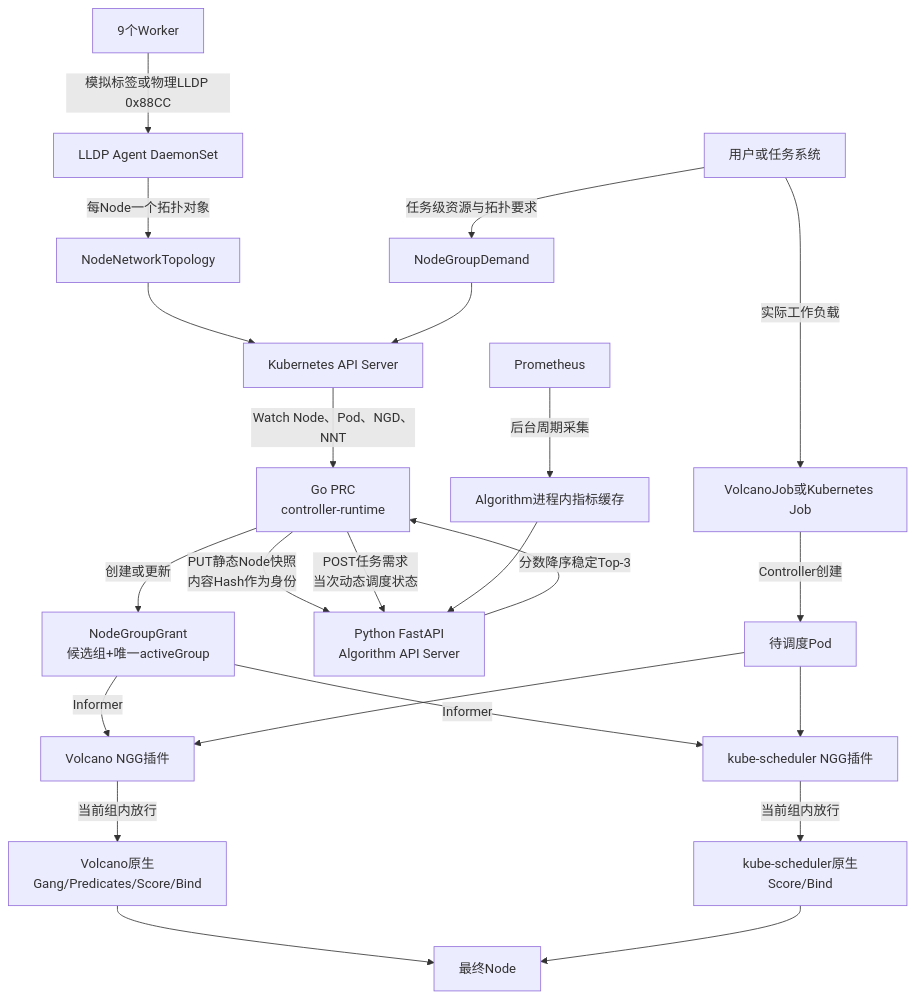
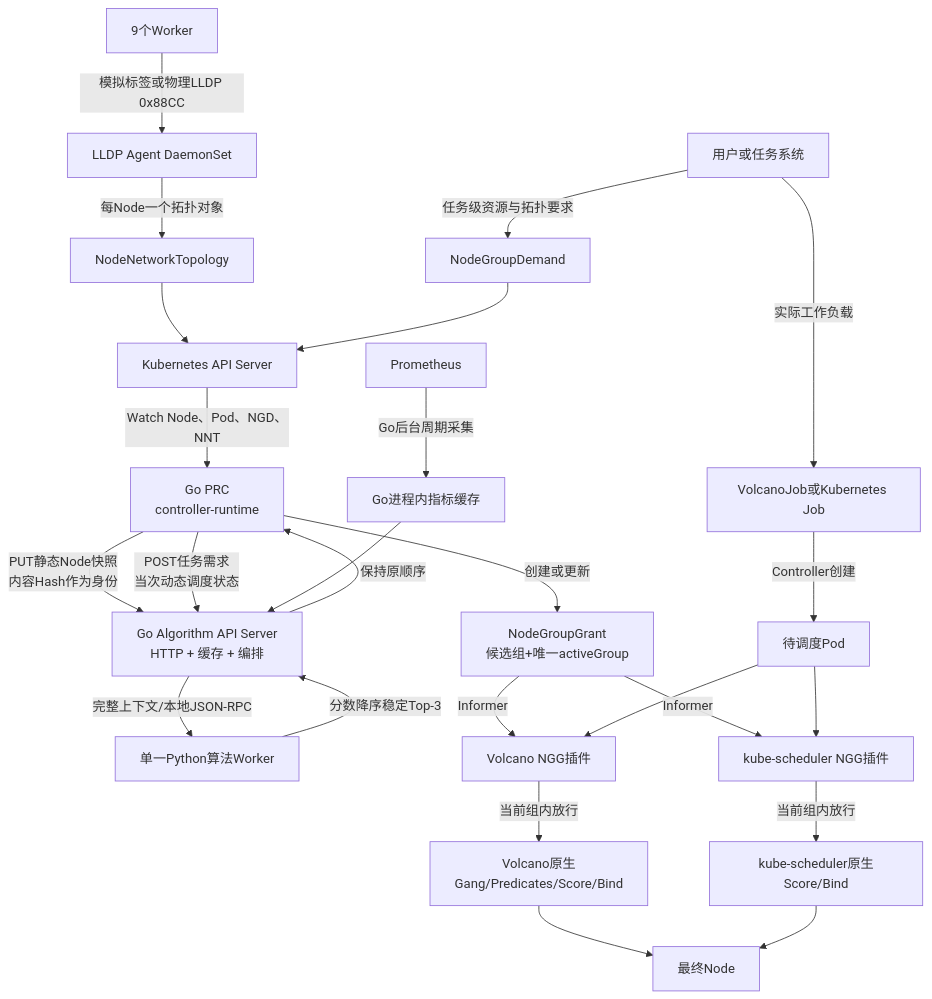
One commit to ghwdsl-38/ngd-ngg-scheduling changed the first of 2 diagrams in docs/从零实现说明.md. Above: the diagram before and after it, drawn with Mermaid. The commit also changed other lines of this file and 23 other files, not shown here.

````diff
--- a/docs/从零实现说明.md
+++ b/docs/从零实现说明.md
@@ -16,28 +16,30 @@
 ```mermaid
 flowchart TB
     WORKER[9个Worker] -->|模拟标签或物理LLDP 0x88CC| AGENT[LLDP Agent DaemonSet]
     AGENT -->|每Node一个拓扑对象| NNT[NodeNetworkTopology]
     USER[用户或任务系统] -->|任务级资源与拓扑要求| NGD[NodeGroupDemand]
     USER -->|实际工作负载| JOB[VolcanoJob或Kubernetes Job]
 
     API[Kubernetes API Server] -->|Watch Node、Pod、NGD、NNT| PRC[Go PRC<br/>controller-runtime]
     NNT --> API
     NGD --> API
     JOB -->|Controller创建| POD[待调度Pod]
 
-    PRC -->|PUT静态Node快照<br/>内容Hash作为身份| ALG[Python FastAPI<br/>Algorithm API Server]
+    PRC -->|PUT静态Node快照<br/>内容Hash作为身份| ALG[Go Algorithm API Server<br/>HTTP + 缓存 + 编排]
     PRC -->|POST任务需求<br/>当次动态调度状态| ALG
-    PROM[Prometheus] -->|后台周期采集| MCACHE[Algorithm进程内指标缓存]
+    PROM[Prometheus] -->|Go后台周期采集| MCACHE[Go进程内指标缓存]
     MCACHE --> ALG
-    ALG -->|分数降序稳定Top-3| PRC
+    ALG -->|完整上下文/本地JSON-RPC| PY[单一Python算法Worker]
+    PY -->|分数降序稳定Top-3| ALG
+    ALG -->|保持原顺序| PRC
     PRC -->|创建或更新| NGG[NodeGroupGrant<br/>候选组+唯一activeGroup]
 
     NGG -->|Informer| VP[Volcano NGG插件]
     NGG -->|Informer| KP[kube-scheduler NGG插件]
     POD --> VP
     POD --> KP
     VP -->|当前组内放行| VN[Volcano原生Gang/Predicates/Score/Bind]
     KP -->|当前组内放行| KN[kube-scheduler原生Score/Bind]
     VN --> NODE[最终Node]
     KN --> NODE
 ```
````
